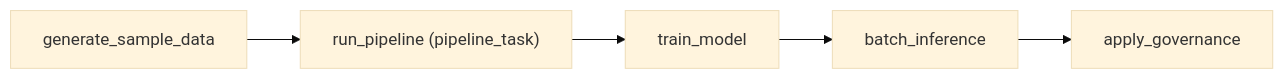
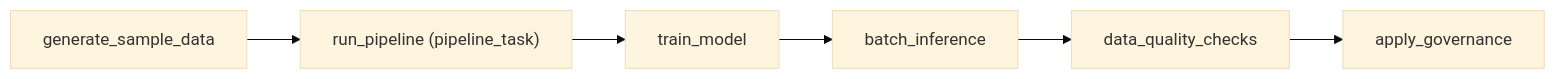
One commit to Vivek-dev-web/fraud-detection-lakehouse changed the second of 2 diagrams in docs/DESIGN.md. Above: the diagram before and after it, drawn with Mermaid (base theme). The commit also changed other lines of this file and 8 other files, not shown here.

First line of the commit message:
Add automated data quality gate, fix dashboard rendering, add Azure Pipelines

````diff
--- a/docs/DESIGN.md
+++ b/docs/DESIGN.md
@@ -157,7 +182,8 @@
 ```mermaid
 flowchart LR
     A["generate_sample_data"] --> B["run_pipeline (pipeline_task)"]
     B --> C["train_model"]
     C --> D["batch_inference"]
-    D --> E["apply_governance"]
+    D --> E["data_quality_checks"]
+    E --> F["apply_governance"]
 ```
````
